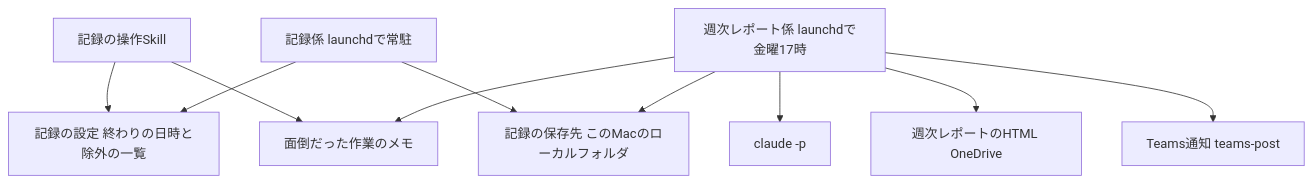
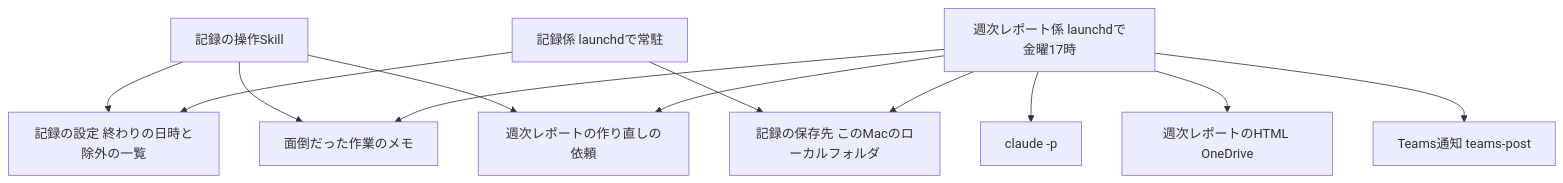
One commit to dnode-ryosuke-yamazaki/study changed the second of 2 diagrams in apps/routine-work-finder/specs/architecture.md. Above: the diagram before and after it, drawn with Mermaid. The commit also changed other lines of this file and 8 other files, not shown here.

````diff
--- a/apps/routine-work-finder/specs/architecture.md
+++ b/apps/routine-work-finder/specs/architecture.md
@@ -32,21 +32,24 @@
 ```mermaid
 flowchart TB
     skill["記録の操作Skill"]
     config["記録の設定 終わりの日時と除外の一覧"]
     memo["面倒だった作業のメモ"]
+    request["週次レポートの作り直しの依頼"]
     recorder["記録係 launchdで常駐"]
     store["記録の保存先 このMacのローカルフォルダ"]
     reporter["週次レポート係 launchdで金曜17時"]
     claude["claude -p"]
     html["週次レポートのHTML OneDrive"]
     notify["Teams通知 teams-post"]
     skill --> config
     skill --> memo
+    skill --> request
     recorder --> config
     recorder --> store
     reporter --> store
     reporter --> memo
+    reporter --> request
     reporter --> claude
     reporter --> html
     reporter --> notify
 ```
````
